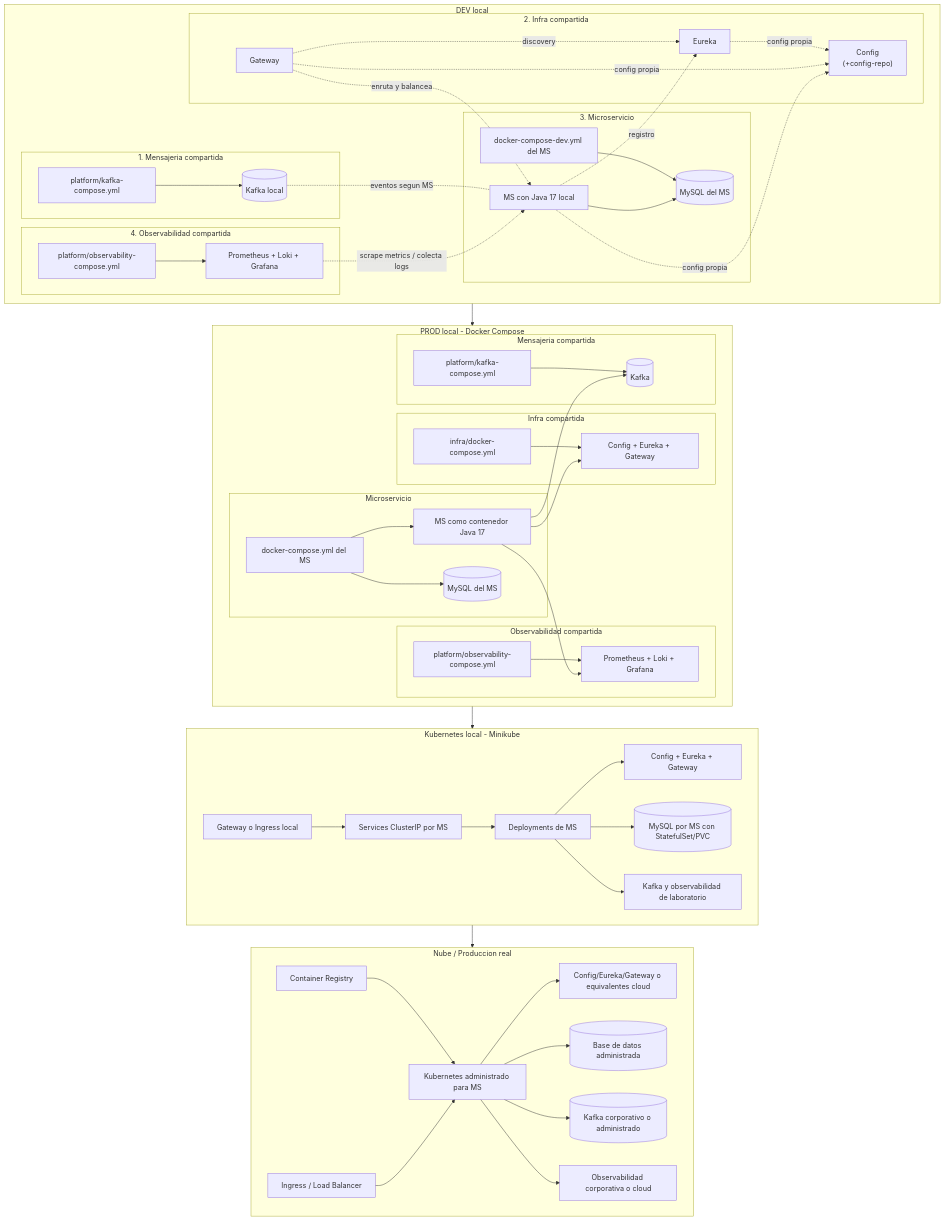
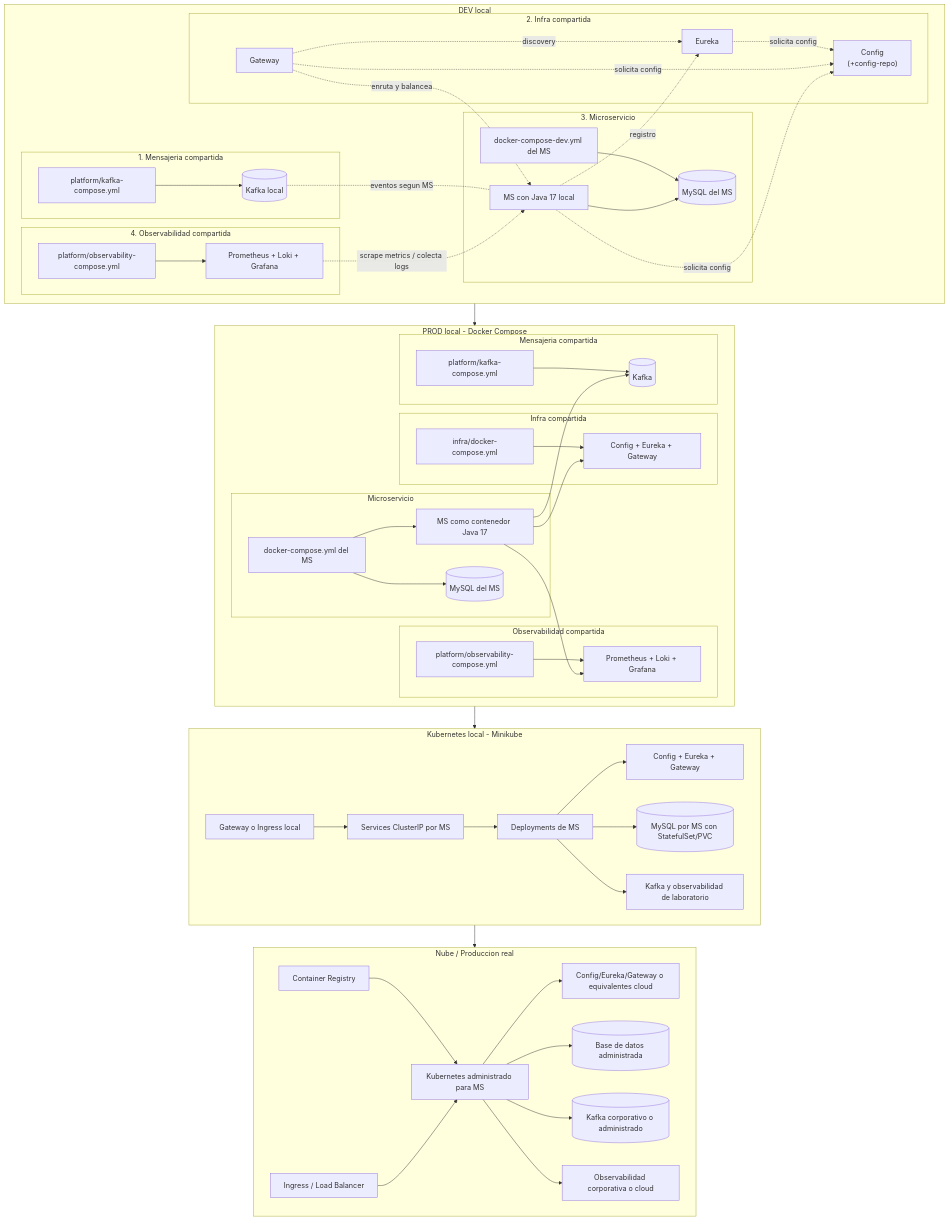
Before and after one commit to 262dist/pagatu: the tenth of 10 diagrams in README.md, drawn with Mermaid.

```diff
--- a/README.md
+++ b/README.md
@@ -567,8 +567,8 @@
             devgateway[Gateway]
             deveureka[Eureka]
             devconfig["Config<br/>(+config-repo)"]
-            deveureka -. config propia .-> devconfig
-            devgateway -. config propia .-> devconfig
+            deveureka -. solicita config .-> devconfig
+            devgateway -. solicita config .-> devconfig
             devgateway -. discovery .-> deveureka
         end
 
@@ -586,7 +586,7 @@
         end
 
         devmessaging -. eventos segun MS .- devjava
-        devjava -. config propia .-> devconfig
+        devjava -. solicita config .-> devconfig
         devjava -. registro .-> deveureka
         devgateway -. enruta y balancea .-> devjava
         devjava --> devmysql
```
